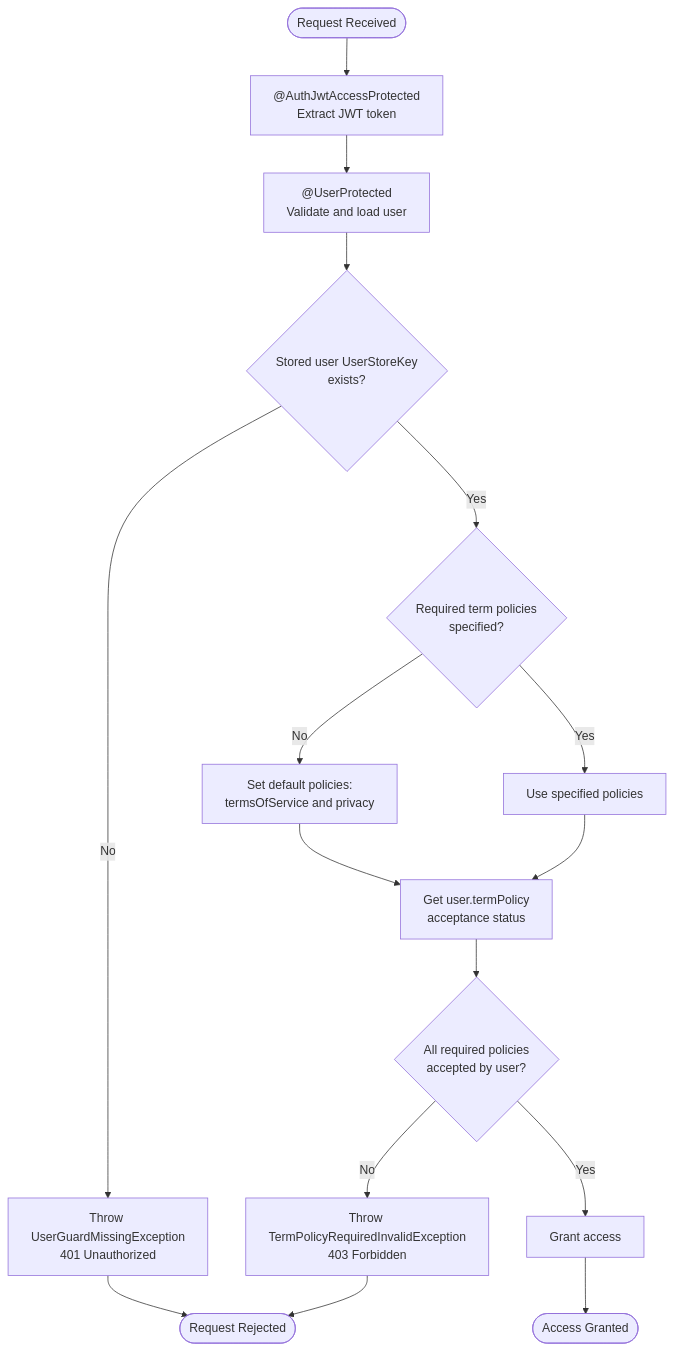
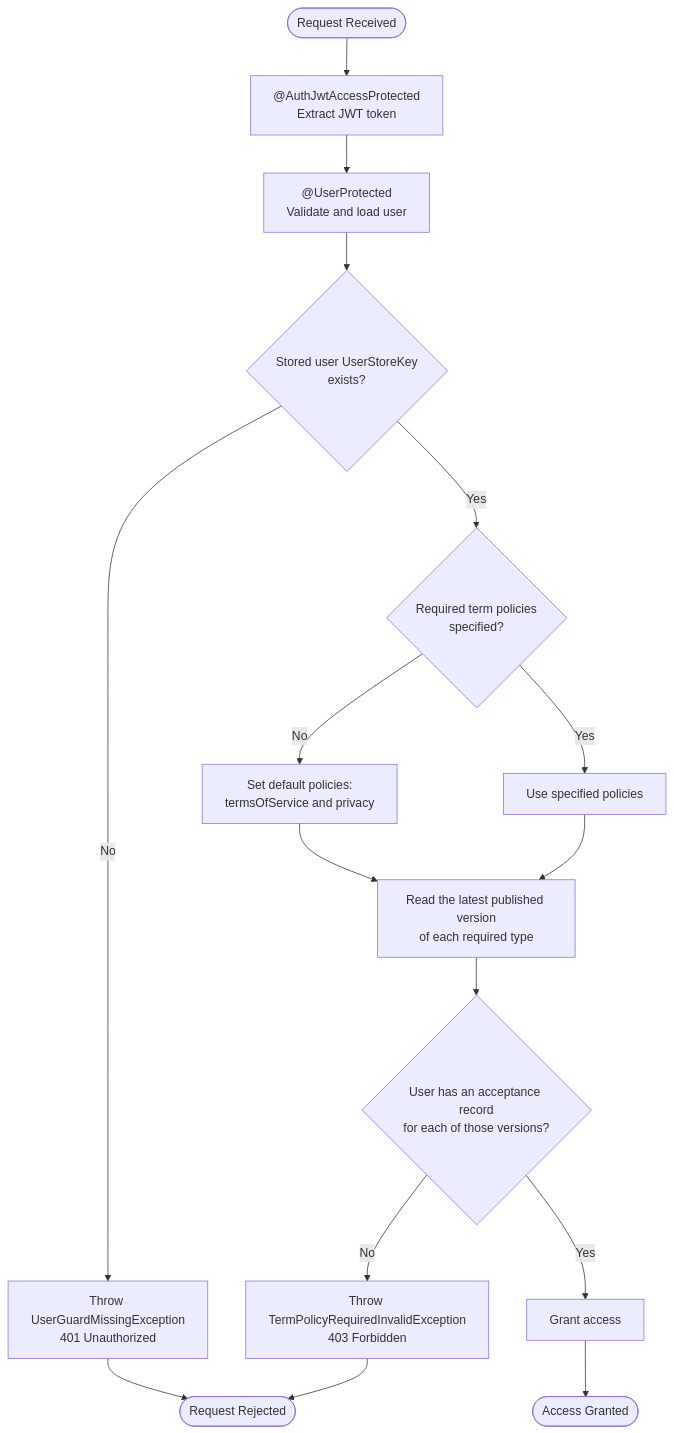
One commit to andrechristikan/ack-nestjs-boilerplate changed the fourth of 5 diagrams in docs/authorization.md. Above: the diagram before and after it, drawn with Mermaid. The commit also changed other lines of this file and 95 other files, not shown here.

````diff
--- a/docs/authorization.md
+++ b/docs/authorization.md
@@ -639,25 +640,25 @@
 ```mermaid
 flowchart TD
     Start([Request Received]) --> JwtGuard[ @AuthJwtAccessProtected<br/>Extract JWT token]
     JwtGuard --> UserGuard[ @UserProtected<br/>Validate and load user]
     UserGuard --> CheckUser{Stored user UserStoreKey<br/>exists?}
 
     CheckUser -->|No| ErrorUser[Throw UserGuardMissingException<br/>401 Unauthorized]
     CheckUser -->|Yes| CheckRequired{Required term policies<br/>specified?}
 
     CheckRequired -->|No| SetDefault[Set default policies:<br/>termsOfService and privacy]
     CheckRequired -->|Yes| UseSpecified[Use specified policies]
 
-    SetDefault --> GetTermPolicy[Get user.termPolicy<br/>acceptance status]
+    SetDefault --> GetTermPolicy[Read the latest published version<br/>of each required type]
     UseSpecified --> GetTermPolicy
 
-    GetTermPolicy --> CheckAcceptance{All required policies<br/>accepted by user?}
+    GetTermPolicy --> CheckAcceptance{User has an acceptance record<br/>for each of those versions?}
 
     CheckAcceptance -->|No| ErrorRequired[Throw TermPolicyRequiredInvalidException<br/>403 Forbidden]
     CheckAcceptance -->|Yes| GrantAccess[Grant access]
 
     GrantAccess --> Success([Access Granted])
 
     ErrorUser --> End([Request Rejected])
     ErrorRequired --> End
 ```
````
